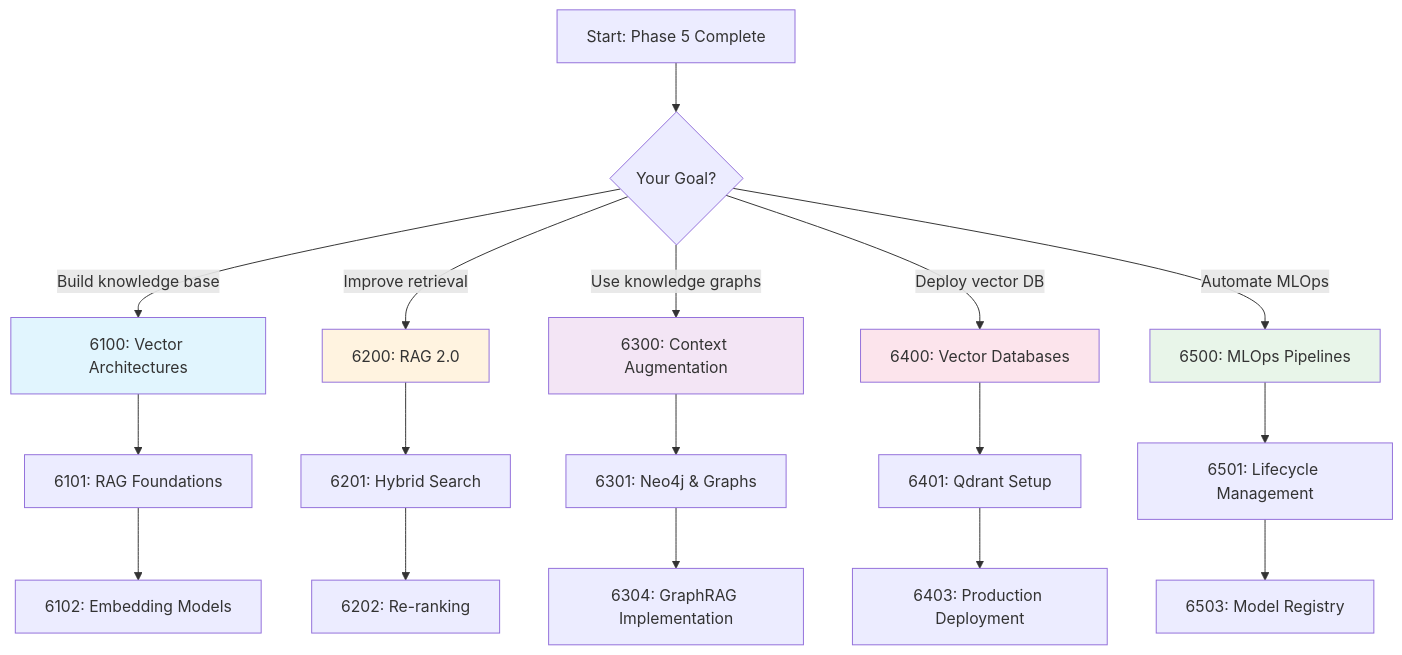
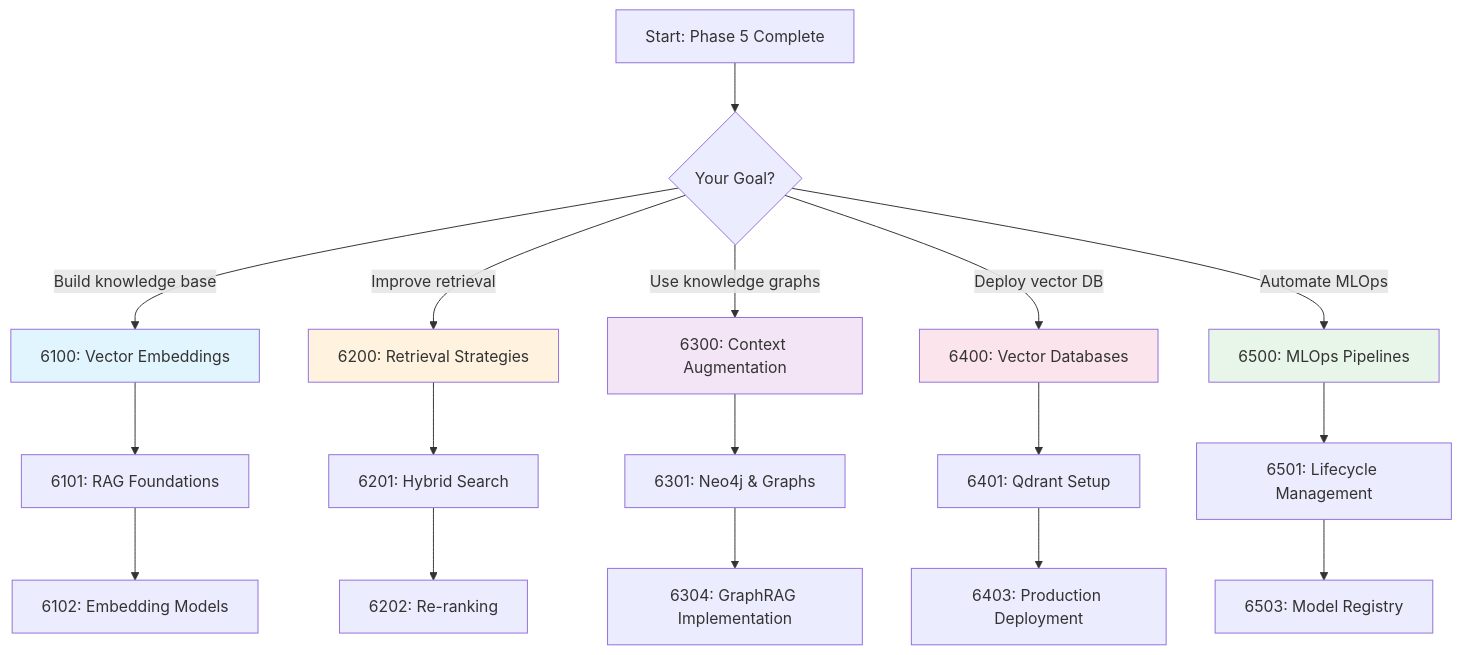
Before and after one commit to minderhq/academy: the fourth of 4 diagrams in docs/phases/phase6-rag/README.md, drawn with Mermaid. The commit also changed other lines of this file and 21 other files, not shown here.

````diff
--- a/docs/phases/phase6-rag/README.md
+++ b/docs/phases/phase6-rag/README.md
@@ -463,31 +463,31 @@
 ```mermaid
 graph TD
     A[Start: Phase 5 Complete] --> B{Your Goal?}
 
-    B -->|Build knowledge base| C[6100: Vector Architectures]
-    B -->|Improve retrieval| D[6200: RAG 2.0]
+    B -->|Build knowledge base| C[6100: Vector Embeddings]
+    B -->|Improve retrieval| D[6200: Retrieval Strategies]
     B -->|Use knowledge graphs| E[6300: Context Augmentation]
     B -->|Deploy vector DB| F[6400: Vector Databases]
     B -->|Automate MLOps| O[6500: MLOps Pipelines]
 
     C --> G[6101: RAG Foundations]
     G --> H[6102: Embedding Models]
 
     D --> I[6201: Hybrid Search]
     I --> J[6202: Re-ranking]
 
     E --> K[6301: Neo4j & Graphs]
     K --> L[6304: GraphRAG Implementation]
 
     F --> M[6401: Qdrant Setup]
     M --> N[6403: Production Deployment]
 
     O --> P[6501: Lifecycle Management]
     P --> Q[6503: Model Registry]
 
     style C fill:#e1f5fe
     style D fill:#fff3e0
     style E fill:#f3e5f5
     style F fill:#fce4ec
     style O fill:#e8f5e9
 ```
````
